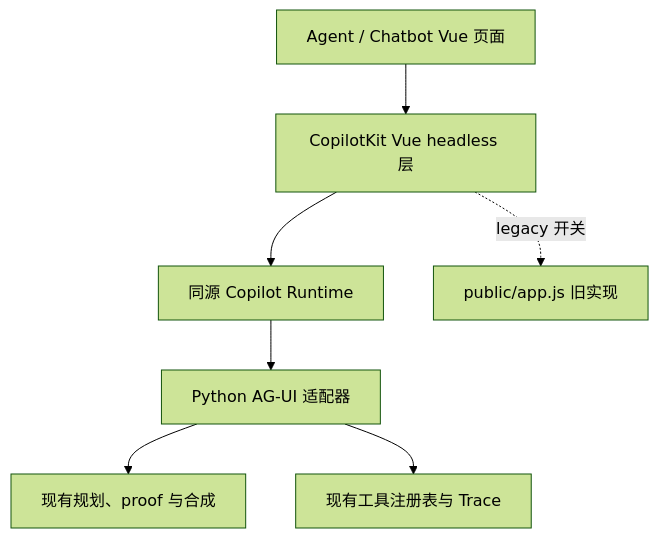
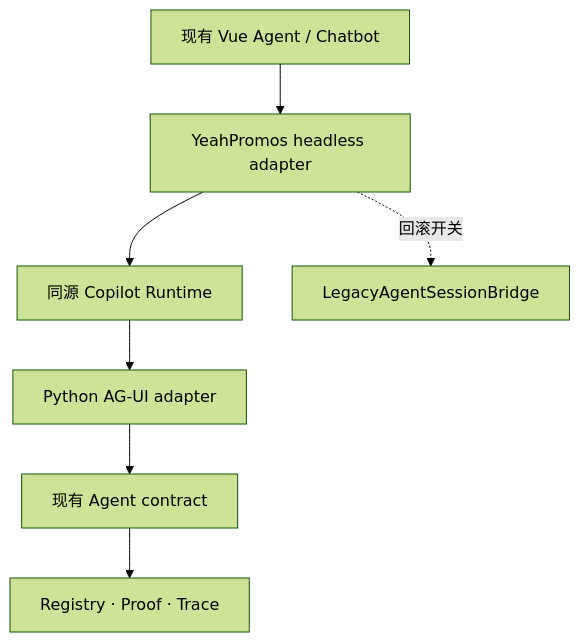
The diagram in docs/superpowers/plans/2026-09-02-m6-copilotkit-agent-migration-plan.md (Guoww001/offer-intelligence), drawn with Mermaid (forest theme) before and after one commit. The commit also changed other lines of this file, not shown here.

Commit message:
Update CopilotKit plan after M6 cutover / 按 M6 切换更新 CopilotKit 方案

````diff
--- a/docs/superpowers/plans/2026-09-02-m6-copilotkit-agent-migration-plan.md
+++ b/docs/superpowers/plans/2026-09-02-m6-copilotkit-agent-migration-plan.md
@@ -96,9 +58,9 @@
 ```mermaid
 flowchart TD
-    U["Agent / Chatbot Vue 页面"] --> V["CopilotKit Vue headless 层"]
-    V --> R["同源 Copilot Runtime"]
-    R --> A["Python AG-UI 适配器"]
-    A --> P["现有规划、proof 与合成"]
-    A --> T["现有工具注册表与 Trace"]
-    V -. "legacy 开关" .-> L["public/app.js 旧实现"]
+    P["现有 Vue Agent / Chatbot"] --> H["YeahPromos headless adapter"]
+    H --> R["同源 Copilot Runtime"]
+    R --> A["Python AG-UI adapter"]
+    A --> C["现有 Agent contract"]
+    C --> T["Registry · Proof · Trace"]
+    H -. "回滚开关" .-> L["LegacyAgentSessionBridge"]
 ```
````
